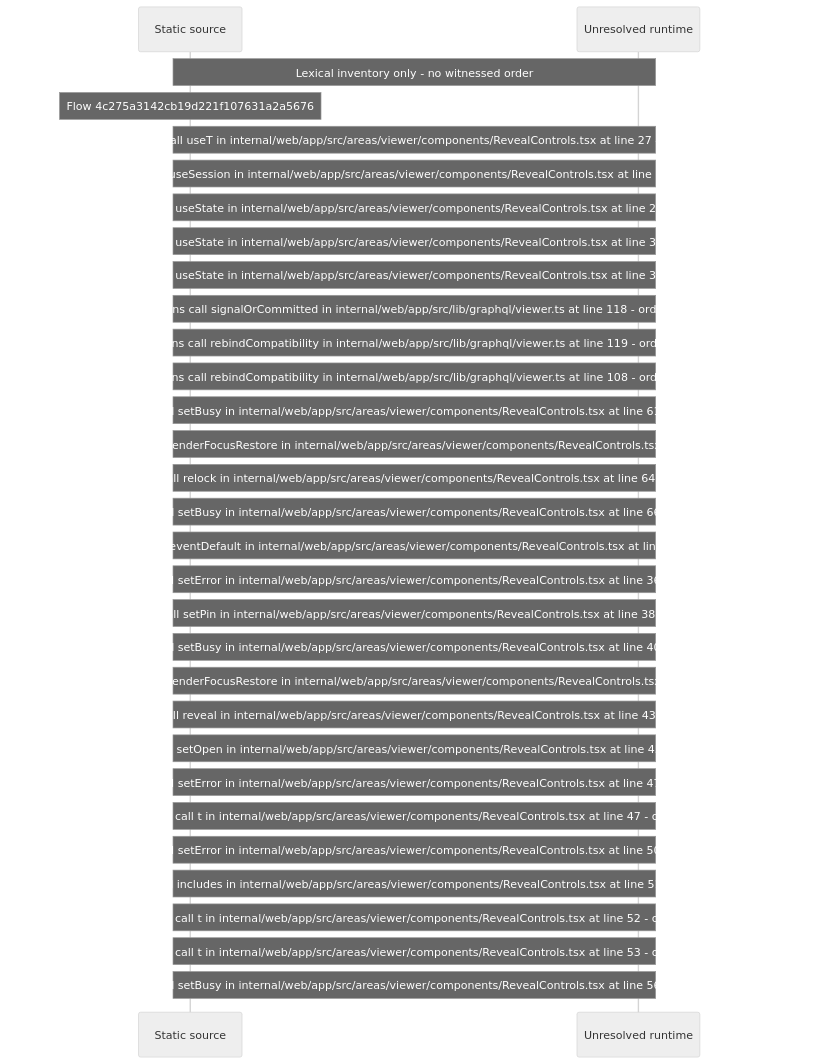
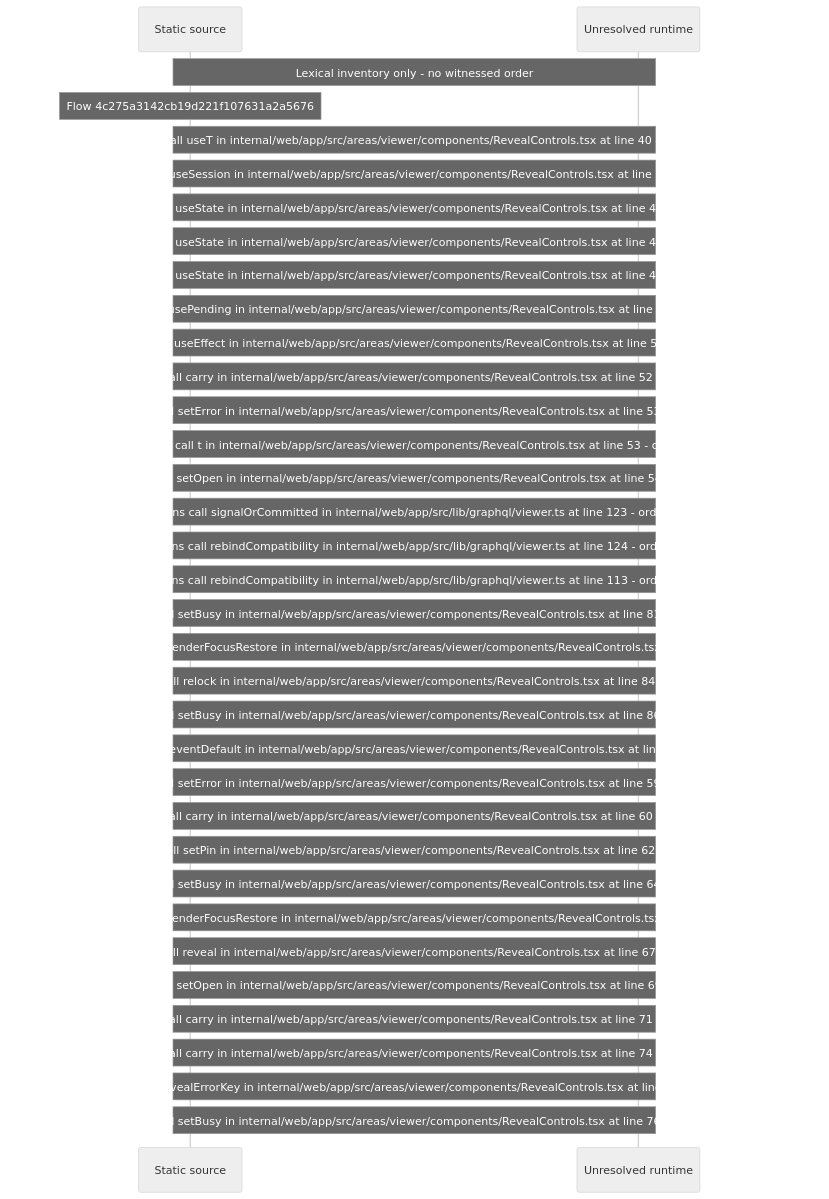
One commit to beamfall/core changed the diagram in docs/web/flows/generated/4c275a3142cb19d221f107631a2a5676/flow-diagram.md. Above: the diagram before and after it, drawn with Mermaid (neutral theme). The commit also changed other lines of this file and 714 other files, not shown here.

Commit message:
Regenerate the web flow record on the batch 5 head (CORE-1762)

````diff
--- a/docs/web/flows/generated/4c275a3142cb19d221f107631a2a5676/flow-diagram.md
+++ b/docs/web/flows/generated/4c275a3142cb19d221f107631a2a5676/flow-diagram.md
@@ -10,33 +10,37 @@
 ```mermaid
 sequenceDiagram
     participant S as Static source
     participant U as Unresolved runtime
     Note over S,U: Lexical inventory only - no witnessed order
     Note over S: Flow 4c275a3142cb19d221f107631a2a5676
-    Note over S,U: Source contains call useT in internal/web/app/src/areas/viewer/components/RevealControls.tsx at line 27 - order unresolved
-    Note over S,U: Source contains call useSession in internal/web/app/src/areas/viewer/components/RevealControls.tsx at line 28 - order unresolved
-    Note over S,U: Source contains call useState in internal/web/app/src/areas/viewer/components/RevealControls.tsx at line 29 - order unresolved
-    Note over S,U: Source contains call useState in internal/web/app/src/areas/viewer/components/RevealControls.tsx at line 30 - order unresolved
-    Note over S,U: Source contains call useState in internal/web/app/src/areas/viewer/components/RevealControls.tsx at line 32 - order unresolved
-    Note over S,U: Source contains call signalOrCommitted in internal/web/app/src/lib/graphql/viewer.ts at line 118 - order unresolved
-    Note over S,U: Source contains call rebindCompatibility in internal/web/app/src/lib/graphql/viewer.ts at line 119 - order unresolved
-    Note over S,U: Source contains call rebindCompatibility in internal/web/app/src/lib/graphql/viewer.ts at line 108 - order unresolved
-    Note over S,U: Source contains call setBusy in internal/web/app/src/areas/viewer/components/RevealControls.tsx at line 61 - order unresolved
-    Note over S,U: Source contains call prepareRenderFocusRestore in internal/web/app/src/areas/viewer/components/RevealControls.tsx at line 63 - order unresolved
-    Note over S,U: Source contains call relock in internal/web/app/src/areas/viewer/components/RevealControls.tsx at line 64 - order unresolved
-    Note over S,U: Source contains call setBusy in internal/web/app/src/areas/viewer/components/RevealControls.tsx at line 66 - order unresolved
-    Note over S,U: Source contains call preventDefault in internal/web/app/src/areas/viewer/components/RevealControls.tsx at line 35 - order unresolved
-    Note over S,U: Source contains call setError in internal/web/app/src/areas/viewer/components/RevealControls.tsx at line 36 - order unresolved
-    Note over S,U: Source contains call setPin in internal/web/app/src/areas/viewer/components/RevealControls.tsx at line 38 - order unresolved
-    Note over S,U: Source contains call setBusy in internal/web/app/src/areas/viewer/components/RevealControls.tsx at line 40 - order unresolved
-    Note over S,U: Source contains call prepareRenderFocusRestore in internal/web/app/src/areas/viewer/components/RevealControls.tsx at line 42 - order unresolved
-    Note over S,U: Source contains call reveal in internal/web/app/src/areas/viewer/components/RevealControls.tsx at line 43 - order unresolved
-    Note over S,U: Source contains call setOpen in internal/web/app/src/areas/viewer/components/RevealControls.tsx at line 45 - order unresolved
-    Note over S,U: Source contains call setError in internal/web/app/src/areas/viewer/components/RevealControls.tsx at line 47 - order unresolved
-    Note over S,U: Source contains call t in internal/web/app/src/areas/viewer/components/RevealControls.tsx at line 47 - order unresolved
-    Note over S,U: Source contains call setError in internal/web/app/src/areas/viewer/components/RevealControls.tsx at line 50 - order unresolved
-    Note over S,U: Source contains call includes in internal/web/app/src/areas/viewer/components/RevealControls.tsx at line 51 - order unresolved
-    Note over S,U: Source contains call t in internal/web/app/src/areas/viewer/components/RevealControls.tsx at line 52 - order unresolved
+    Note over S,U: Source contains call useT in internal/web/app/src/areas/viewer/components/RevealControls.tsx at line 40 - order unresolved
+    Note over S,U: Source contains call useSession in internal/web/app/src/areas/viewer/components/RevealControls.tsx at line 41 - order unresolved
+    Note over S,U: Source contains call useState in internal/web/app/src/areas/viewer/components/RevealControls.tsx at line 42 - order unresolved
+    Note over S,U: Source contains call useState in internal/web/app/src/areas/viewer/components/RevealControls.tsx at line 43 - order unresolved
+    Note over S,U: Source contains call useState in internal/web/app/src/areas/viewer/components/RevealControls.tsx at line 45 - order unresolved
+    Note over S,U: Source contains call usePending in internal/web/app/src/areas/viewer/components/RevealControls.tsx at line 46 - order unresolved
+    Note over S,U: Source contains call useEffect in internal/web/app/src/areas/viewer/components/RevealControls.tsx at line 50 - order unresolved
+    Note over S,U: Source contains call carry in internal/web/app/src/areas/viewer/components/RevealControls.tsx at line 52 - order unresolved
+    Note over S,U: Source contains call setError in internal/web/app/src/areas/viewer/components/RevealControls.tsx at line 53 - order unresolved
     Note over S,U: Source contains call t in internal/web/app/src/areas/viewer/components/RevealControls.tsx at line 53 - order unresolved
-    Note over S,U: Source contains call setBusy in internal/web/app/src/areas/viewer/components/RevealControls.tsx at line 56 - order unresolved
+    Note over S,U: Source contains call setOpen in internal/web/app/src/areas/viewer/components/RevealControls.tsx at line 54 - order unresolved
+    Note over S,U: Source contains call signalOrCommitted in internal/web/app/src/lib/graphql/viewer.ts at line 123 - order unresolved
+    Note over S,U: Source contains call rebindCompatibility in internal/web/app/src/lib/graphql/viewer.ts at line 124 - order unresolved
+    Note over S,U: Source contains call rebindCompatibility in internal/web/app/src/lib/graphql/viewer.ts at line 113 - order unresolved
+    Note over S,U: Source contains call setBusy in internal/web/app/src/areas/viewer/components/RevealControls.tsx at line 81 - order unresolved
+    Note over S,U: Source contains call prepareRenderFocusRestore in internal/web/app/src/areas/viewer/components/RevealControls.tsx at line 83 - order unresolved
+    Note over S,U: Source contains call relock in internal/web/app/src/areas/viewer/components/RevealControls.tsx at line 84 - order unresolved
+    Note over S,U: Source contains call setBusy in internal/web/app/src/areas/viewer/components/RevealControls.tsx at line 86 - order unresolved
+    Note over S,U: Source contains call preventDefault in internal/web/app/src/areas/viewer/components/RevealControls.tsx at line 58 - order unresolved
+    Note over S,U: Source contains call setError in internal/web/app/src/areas/viewer/components/RevealControls.tsx at line 59 - order unresolved
+    Note over S,U: Source contains call carry in internal/web/app/src/areas/viewer/components/RevealControls.tsx at line 60 - order unresolved
+    Note over S,U: Source contains call setPin in internal/web/app/src/areas/viewer/components/RevealControls.tsx at line 62 - order unresolved
+    Note over S,U: Source contains call setBusy in internal/web/app/src/areas/viewer/components/RevealControls.tsx at line 64 - order unresolved
+    Note over S,U: Source contains call prepareRenderFocusRestore in internal/web/app/src/areas/viewer/components/RevealControls.tsx at line 66 - order unresolved
+    Note over S,U: Source contains call reveal in internal/web/app/src/areas/viewer/components/RevealControls.tsx at line 67 - order unresolved
+    Note over S,U: Source contains call setOpen in internal/web/app/src/areas/viewer/components/RevealControls.tsx at line 69 - order unresolved
+    Note over S,U: Source contains call carry in internal/web/app/src/areas/viewer/components/RevealControls.tsx at line 71 - order unresolved
+    Note over S,U: Source contains call carry in internal/web/app/src/areas/viewer/components/RevealControls.tsx at line 74 - order unresolved
+    Note over S,U: Source contains call revealErrorKey in internal/web/app/src/areas/viewer/components/RevealControls.tsx at line 74 - order unresolved
+    Note over S,U: Source contains call setBusy in internal/web/app/src/areas/viewer/components/RevealControls.tsx at line 76 - order unresolved
 ```
````
